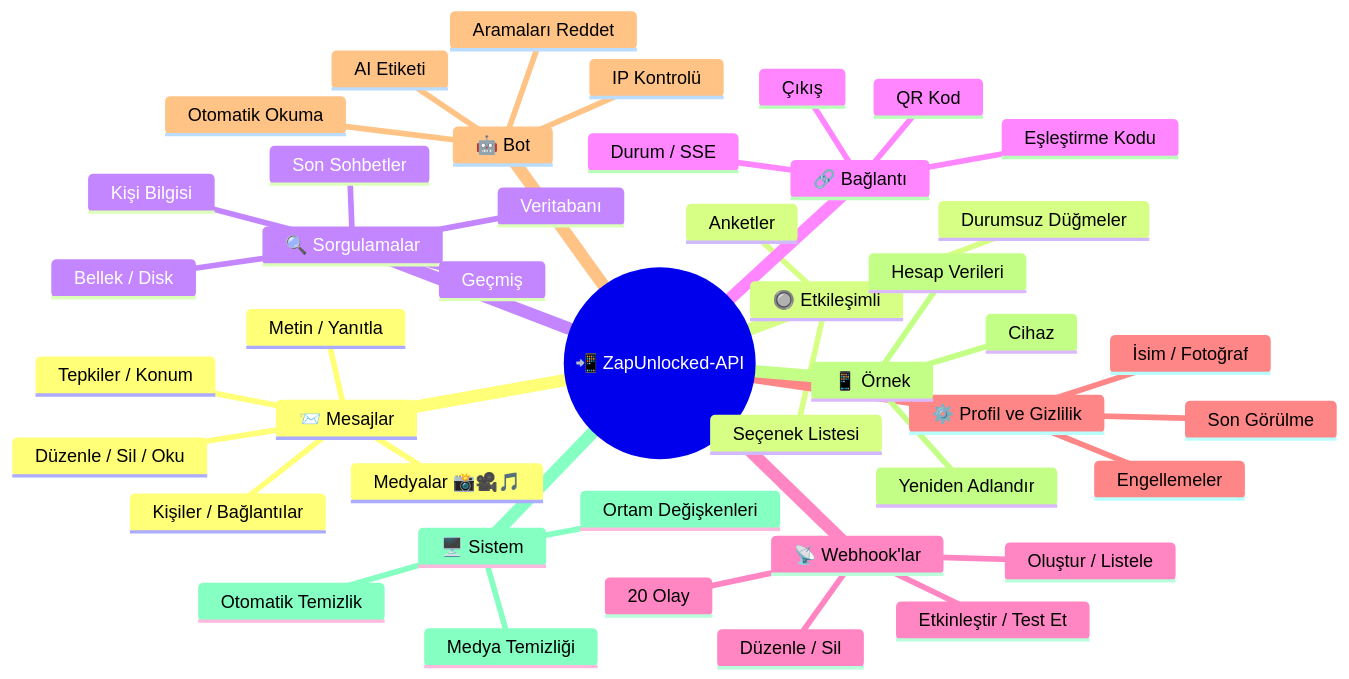
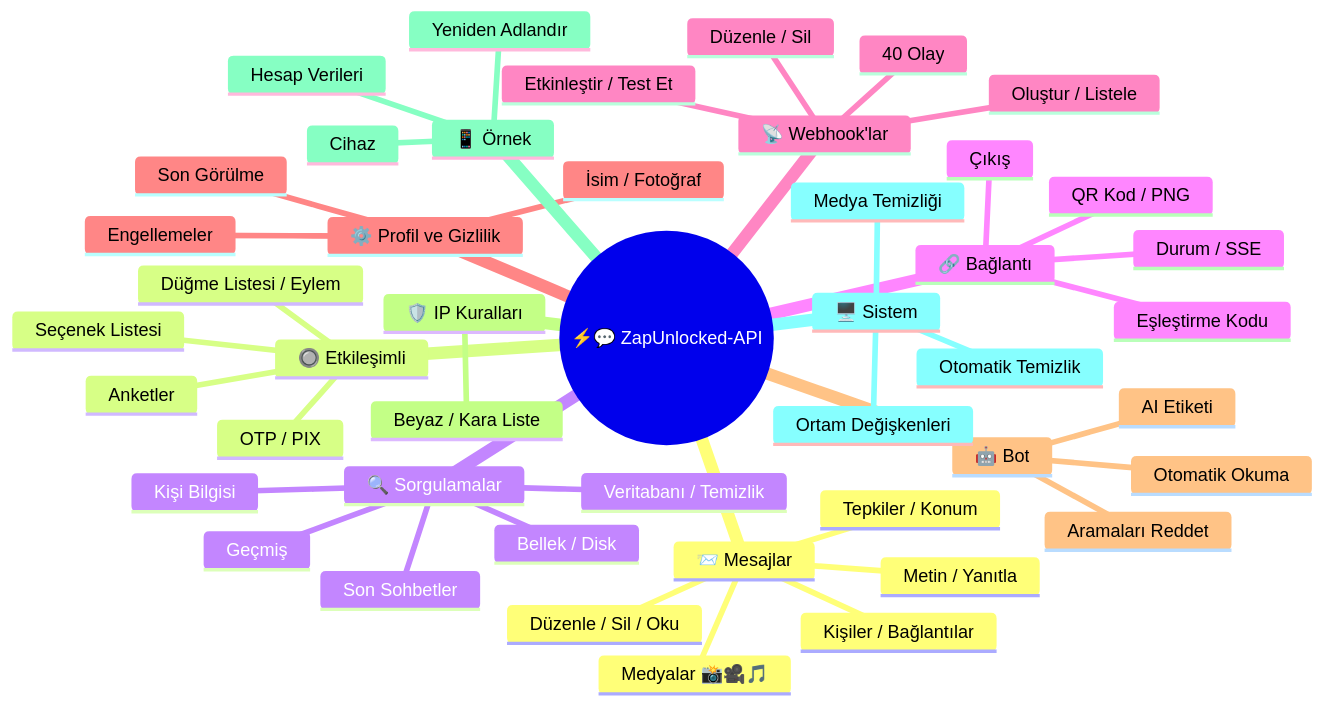
One commit to kauafpssx/ZapUnlocked-API changed the first of 2 diagrams in docs/translations/tr.md. Above: the diagram before and after it, drawn with Mermaid. The commit also changed other lines of this file and 23 other files, not shown here.

````diff
--- a/docs/translations/tr.md
+++ b/docs/translations/tr.md
@@ -52,47 +55,49 @@
 ```mermaid
 mindmap
-  root((📲 ZapUnlocked-API))
+  root((⚡💬 ZapUnlocked-API))
     📨 Mesajlar
       Metin / Yanıtla
       Medyalar 📸🎥🎵
       Tepkiler / Konum
       Kişiler / Bağlantılar
       Düzenle / Sil / Oku
     🔘 Etkileşimli
-      Durumsuz Düğmeler
+      Düğme Listesi / Eylem
+      OTP / PIX
       Seçenek Listesi
       Anketler
     🔍 Sorgulamalar
       Kişi Bilgisi
       Geçmiş
       Son Sohbetler
       Bellek / Disk
-      Veritabanı
+      Veritabanı / Temizlik
     🔗 Bağlantı
       Durum / SSE
-      QR Kod
+      QR Kod / PNG
       Eşleştirme Kodu
       Çıkış
     📡 Webhook'lar
-      Oluştur / Listele
-      Düzenle / Sil
-      Etkinleştir / Test Et
-      20 Olay
+       Oluştur / Listele
+       Düzenle / Sil
+       Etkinleştir / Test Et
+       40 Olay
     ⚙️ Profil ve Gizlilik
       İsim / Fotoğraf
       Son Görülme
       Engellemeler
     🤖 Bot
       AI Etiketi
-      IP Kontrolü
       Aramaları Reddet
       Otomatik Okuma
+    🛡️ IP Kuralları
+      Beyaz / Kara Liste
     📱 Örnek
       Hesap Verileri
       Cihaz
       Yeniden Adlandır
     🖥️ Sistem
       Ortam Değişkenleri
       Medya Temizliği
       Otomatik Temizlik
 ```
````
